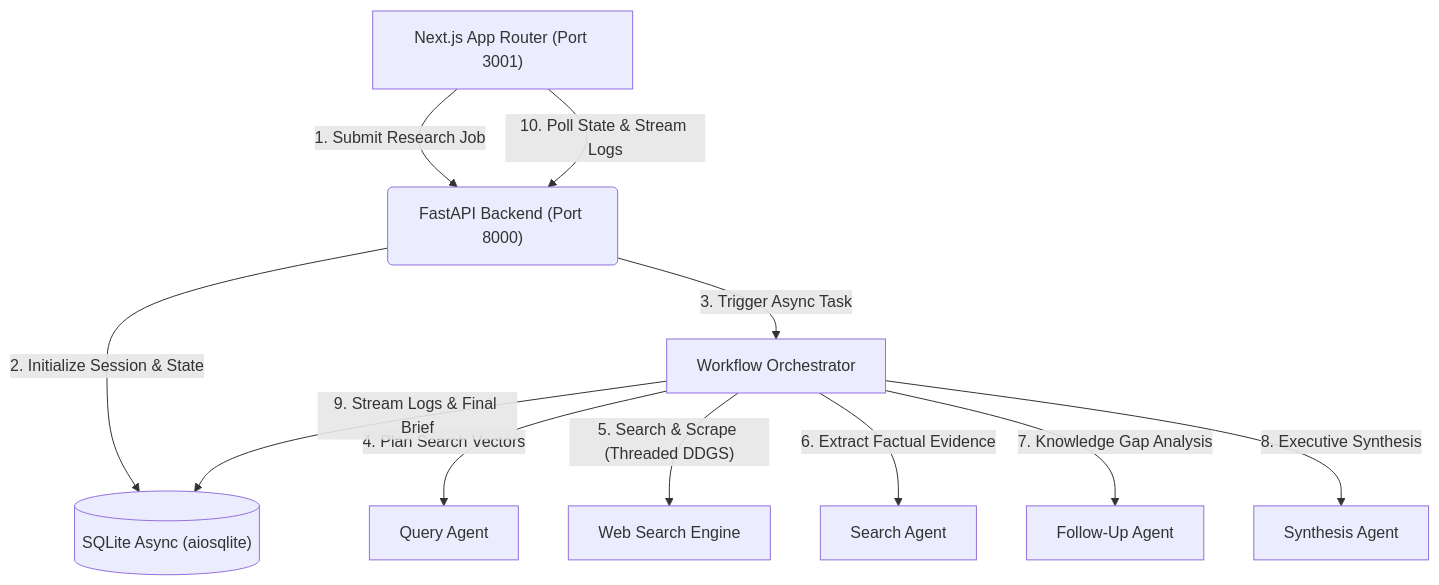
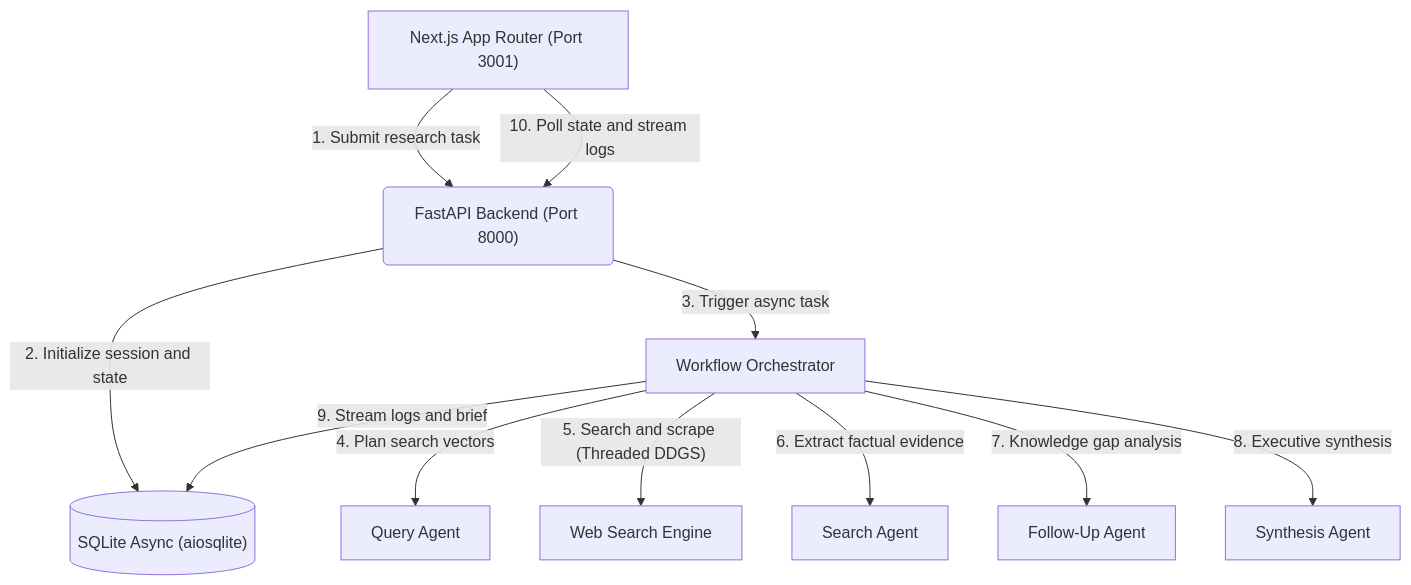
Before and after one commit to Hetav21/Noesis: the diagram in README.md, drawn with Mermaid. The commit also changed other lines of this file and 13 other files, not shown here.

````diff
--- a/README.md
+++ b/README.md
@@ -25,13 +20,13 @@
 ```mermaid
 graph TD
-    A["Next.js App Router (Port 3001)"] -->|"1. Submit Research Job"| B("FastAPI Backend (Port 8000)")
-    B -->|"2. Initialize Session & State"| C[("SQLite Async (aiosqlite)")]
-    B -->|"3. Trigger Async Task"| D["Workflow Orchestrator"]
-    D -->|"4. Plan Search Vectors"| E["Query Agent"]
-    D -->|"5. Search & Scrape (Threaded DDGS)"| F["Web Search Engine"]
-    D -->|"6. Extract Factual Evidence"| G["Search Agent"]
-    D -->|"7. Knowledge Gap Analysis"| H["Follow-Up Agent"]
-    D -->|"8. Executive Synthesis"| I["Synthesis Agent"]
-    D -->|"9. Stream Logs & Final Brief"| C
-    A -->|"10. Poll State & Stream Logs"| B
+    A["Next.js App Router (Port 3001)"] -->|"1. Submit research task"| B("FastAPI Backend (Port 8000)")
+    B -->|"2. Initialize session and state"| C[("SQLite Async (aiosqlite)")]
+    B -->|"3. Trigger async task"| D["Workflow Orchestrator"]
+    D -->|"4. Plan search vectors"| E["Query Agent"]
+    D -->|"5. Search and scrape (Threaded DDGS)"| F["Web Search Engine"]
+    D -->|"6. Extract factual evidence"| G["Search Agent"]
+    D -->|"7. Knowledge gap analysis"| H["Follow-Up Agent"]
+    D -->|"8. Executive synthesis"| I["Synthesis Agent"]
+    D -->|"9. Stream logs and brief"| C
+    A -->|"10. Poll state and stream logs"| B
 ```
````
